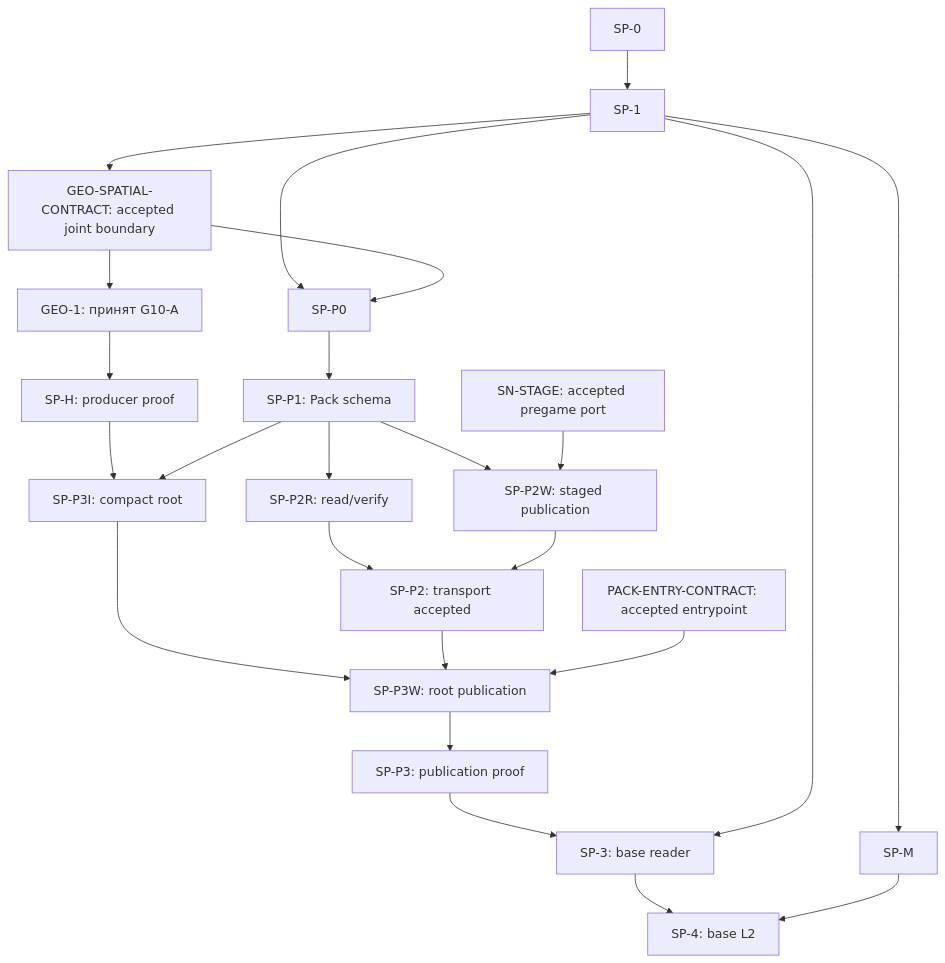
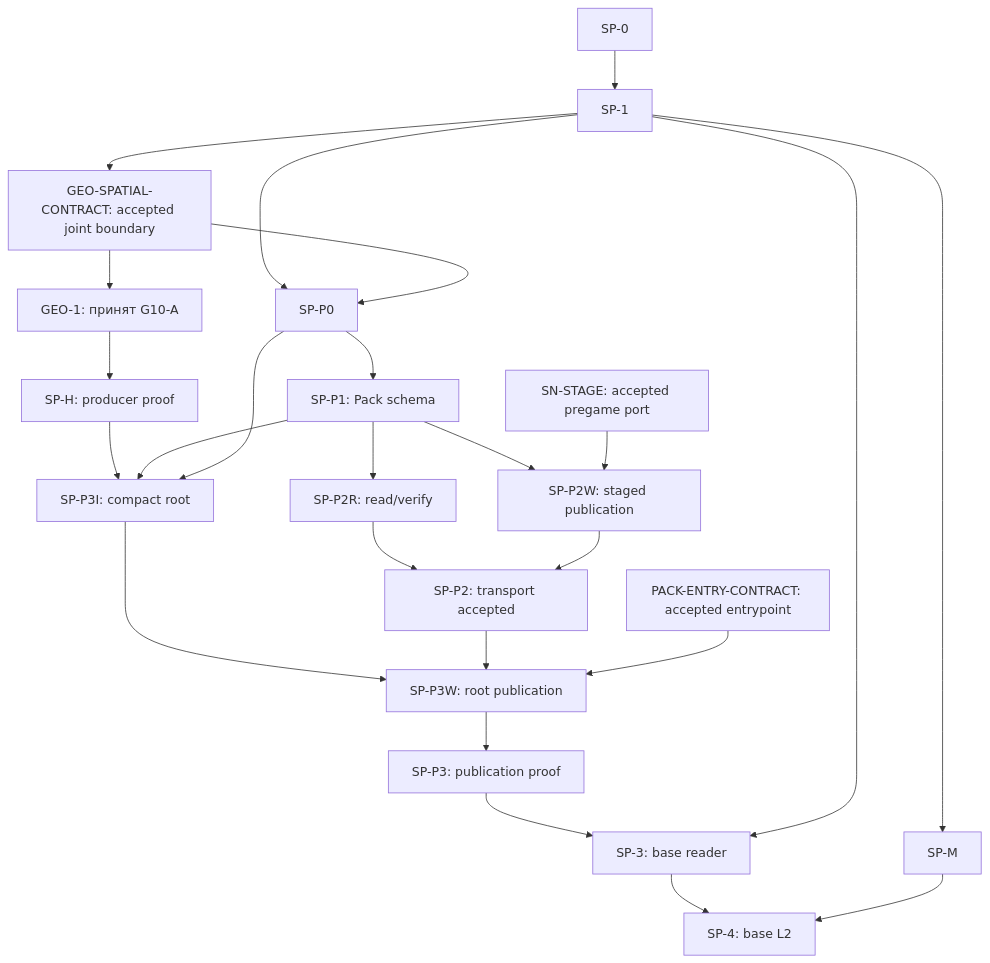
One commit to AndrewBondaren/AI-Project changed the first of 4 diagrams in .cursor/plans/world-generation-plan-dependency-graph.md. Above: the diagram before and after it, drawn with Mermaid. The commit also changed other lines of this file and 6 other files, not shown here.

````diff
--- a/.cursor/plans/world-generation-plan-dependency-graph.md
+++ b/.cursor/plans/world-generation-plan-dependency-graph.md
@@ -49,26 +49,27 @@
 ```mermaid
 flowchart TD
     G["GEO-1: принят G10-A"] --> H["SP-H: producer proof"]
     S0["SP-0"] --> S1["SP-1"]
     S1 --> P0["SP-P0"]
     S1 --> J["GEO-SPATIAL-CONTRACT: accepted joint boundary"]
     J --> G
     J --> P0
     S1 --> M["SP-M"]
     P0 --> P1["SP-P1: Pack schema"]
     P1 --> PR["SP-P2R: read/verify"]
     P1 --> PW["SP-P2W: staged publication"]
     ST["SN-STAGE: accepted pregame port"] --> PW
     PR --> P2["SP-P2: transport accepted"]
     PW --> P2
     H --> I["SP-P3I: compact root"]
     P1 --> I
+    P0 --> I
     I --> W["SP-P3W: root publication"]
     P2 --> W
     PC["PACK-ENTRY-CONTRACT: accepted entrypoint"] --> W
     W --> P3["SP-P3: publication proof"]
     P3 --> R["SP-3: base reader"]
     S1 --> R
     R --> L2["SP-4: base L2"]
     M --> L2
 ```
````
